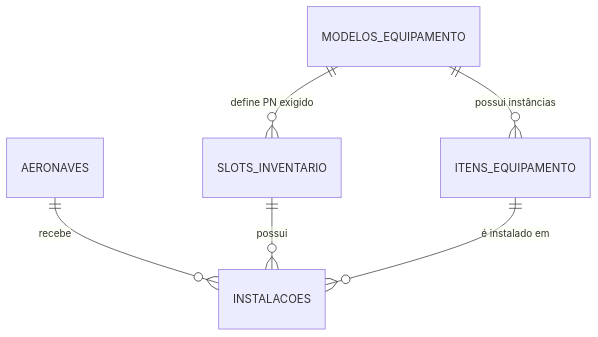
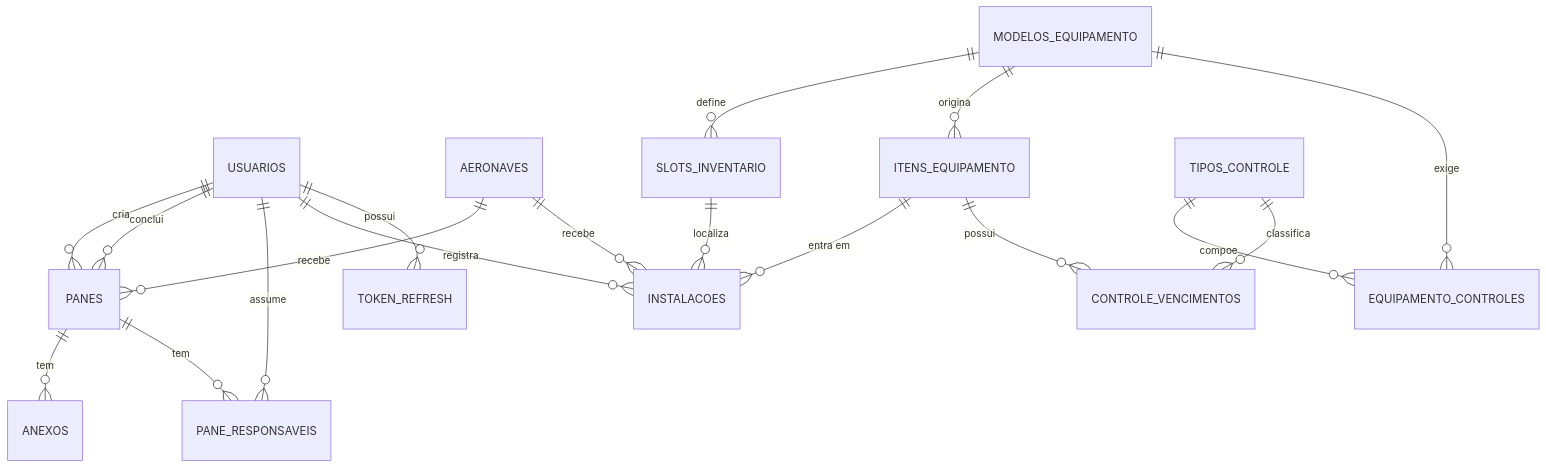
One commit to BrGarcia/saa29 changed the diagram in docs/architecture/03_MODEL_DB.md. Above: the diagram before and after it, drawn with Mermaid. The commit also changed other lines of this file and 23 other files, not shown here.

````diff
--- a/docs/architecture/03_MODEL_DB.md
+++ b/docs/architecture/03_MODEL_DB.md
@@ -100,8 +290,26 @@
 ```mermaid
 erDiagram
+    USUARIOS ||--o{ PANES : "cria"
+    USUARIOS ||--o{ PANES : "conclui"
+    USUARIOS ||--o{ PANE_RESPONSAVEIS : "assume"
+    USUARIOS ||--o{ INSTALACOES : "registra"
+    USUARIOS ||--o{ TOKEN_REFRESH : "possui"
+
+    AERONAVES ||--o{ PANES : "recebe"
     AERONAVES ||--o{ INSTALACOES : "recebe"
-    SLOTS_INVENTARIO ||--o{ INSTALACOES : "possui"
-    MODELOS_EQUIPAMENTO ||--o{ SLOTS_INVENTARIO : "define PN exigido"
-    MODELOS_EQUIPAMENTO ||--o{ ITENS_EQUIPAMENTO : "possui instâncias"
-    ITENS_EQUIPAMENTO ||--o{ INSTALACOES : "é instalado em"
+
+    PANES ||--o{ ANEXOS : "tem"
+    PANES ||--o{ PANE_RESPONSAVEIS : "tem"
+
+    MODELOS_EQUIPAMENTO ||--o{ SLOTS_INVENTARIO : "define"
+    MODELOS_EQUIPAMENTO ||--o{ ITENS_EQUIPAMENTO : "origina"
+    MODELOS_EQUIPAMENTO ||--o{ EQUIPAMENTO_CONTROLES : "exige"
+
+    TIPOS_CONTROLE ||--o{ EQUIPAMENTO_CONTROLES : "compoe"
+    TIPOS_CONTROLE ||--o{ CONTROLE_VENCIMENTOS : "classifica"
+
+    ITENS_EQUIPAMENTO ||--o{ INSTALACOES : "entra em"
+    ITENS_EQUIPAMENTO ||--o{ CONTROLE_VENCIMENTOS : "possui"
+
+    SLOTS_INVENTARIO ||--o{ INSTALACOES : "localiza"
 ```
````
